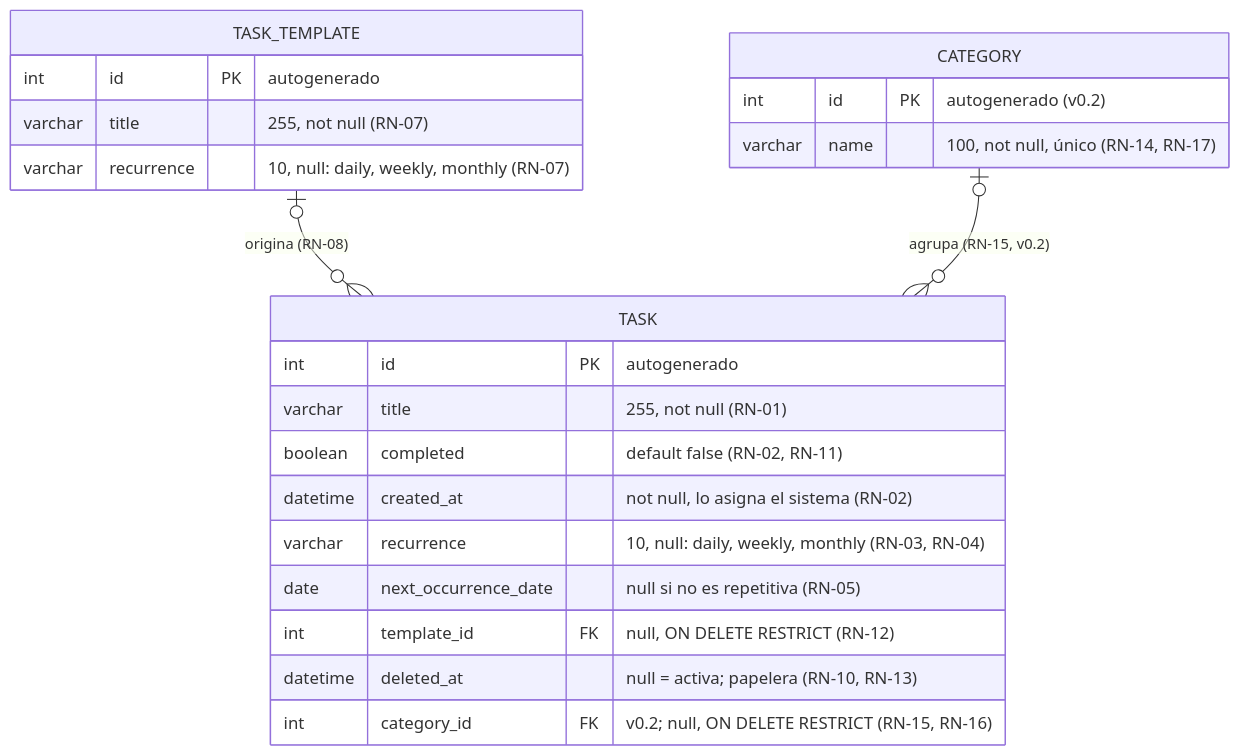
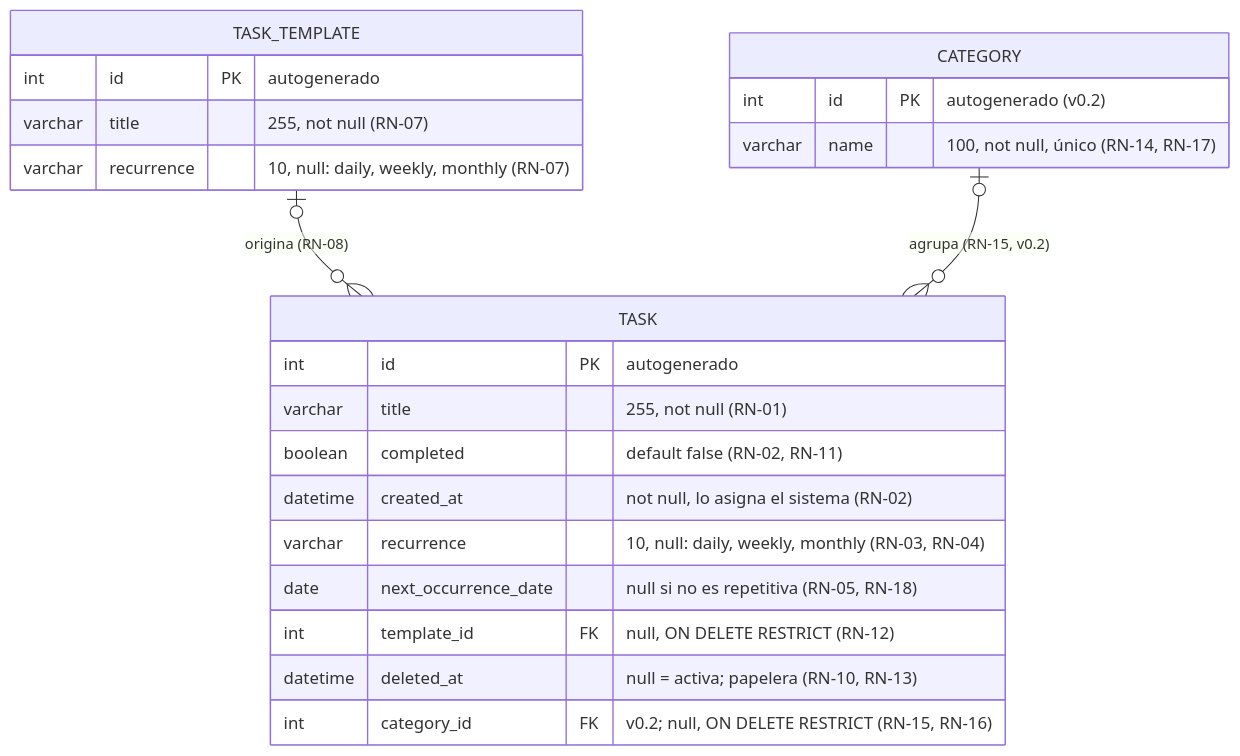
Before and after one commit to hispafox/DemoAgentes: the diagram in docs/analisis.md, drawn with Mermaid. The commit also changed other lines of this file and 3 other files, not shown here.

````diff
--- a/docs/analisis.md
+++ b/docs/analisis.md
@@ -70,28 +70,28 @@
 ```mermaid
 erDiagram
     TASK_TEMPLATE |o--o{ TASK : "origina (RN-08)"
     CATEGORY |o--o{ TASK : "agrupa (RN-15, v0.2)"
 
     TASK {
         int id PK "autogenerado"
         varchar title "255, not null (RN-01)"
         boolean completed "default false (RN-02, RN-11)"
         datetime created_at "not null, lo asigna el sistema (RN-02)"
         varchar recurrence "10, null: daily, weekly, monthly (RN-03, RN-04)"
-        date next_occurrence_date "null si no es repetitiva (RN-05)"
+        date next_occurrence_date "null si no es repetitiva (RN-05, RN-18)"
         int template_id FK "null, ON DELETE RESTRICT (RN-12)"
         datetime deleted_at "null = activa; papelera (RN-10, RN-13)"
         int category_id FK "v0.2; null, ON DELETE RESTRICT (RN-15, RN-16)"
     }
 
     TASK_TEMPLATE {
         int id PK "autogenerado"
         varchar title "255, not null (RN-07)"
         varchar recurrence "10, null: daily, weekly, monthly (RN-07)"
     }
 
     CATEGORY {
         int id PK "autogenerado (v0.2)"
         varchar name "100, not null, único (RN-14, RN-17)"
     }
 ```
````
